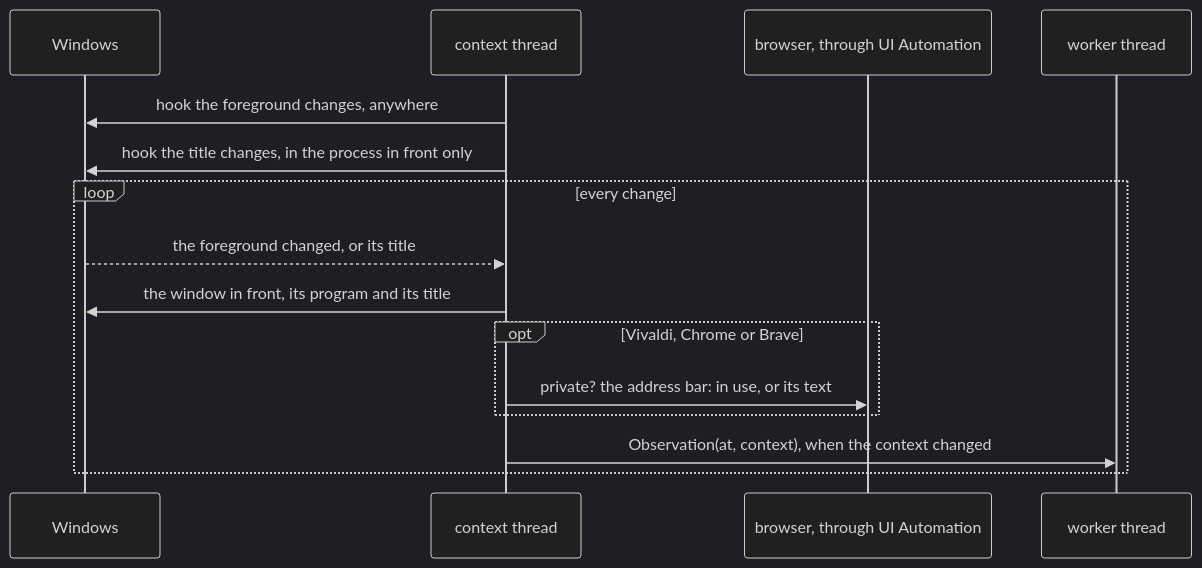
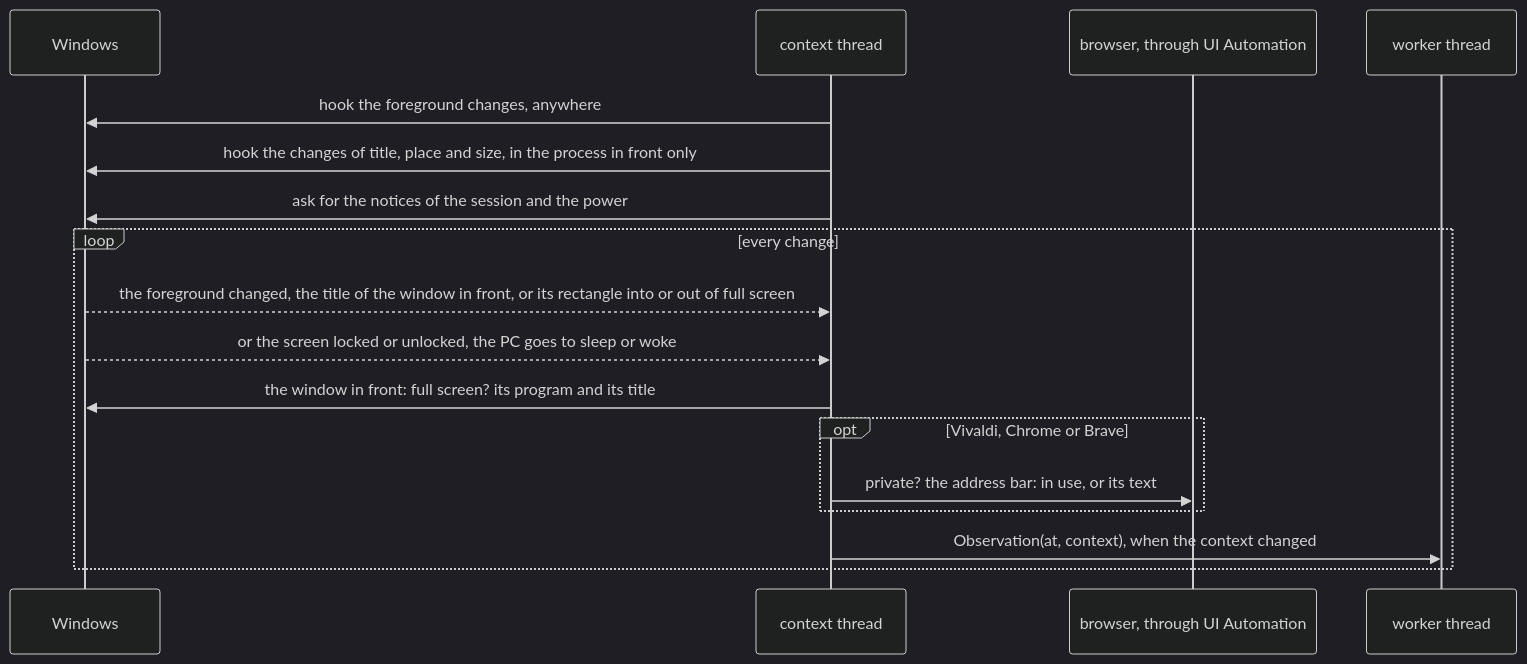
The diagram in docs/design/context.md (devfrx/jiffin), drawn with Mermaid (dark theme) before and after one commit. The commit also changed other lines of this file and 18 other files, not shown here.

First line of the commit message:
feat: report lock, sleep and full screen, and start the capture with the worker (#111)

````diff
--- a/docs/design/context.md
+++ b/docs/design/context.md
@@ -13,18 +13,20 @@
 ```mermaid
 sequenceDiagram
     participant W as Windows
     participant C as context thread
     participant B as browser, through UI Automation
     participant K as worker thread
 
     C->>W: hook the foreground changes, anywhere
-    C->>W: hook the title changes, in the process in front only
+    C->>W: hook the changes of title, place and size, in the process in front only
+    C->>W: ask for the notices of the session and the power
     loop every change
-        W-->>C: the foreground changed, or its title
-        C->>W: the window in front, its program and its title
+        W-->>C: the foreground changed, the title of the window in front, or its rectangle into or out of full screen
+        W-->>C: or the screen locked or unlocked, the PC goes to sleep or woke
+        C->>W: the window in front: full screen? its program and its title
         opt Vivaldi, Chrome or Brave
             C->>B: private? the address bar: in use, or its text
         end
         C->>K: Observation(at, context), when the context changed
     end
 ```
````
